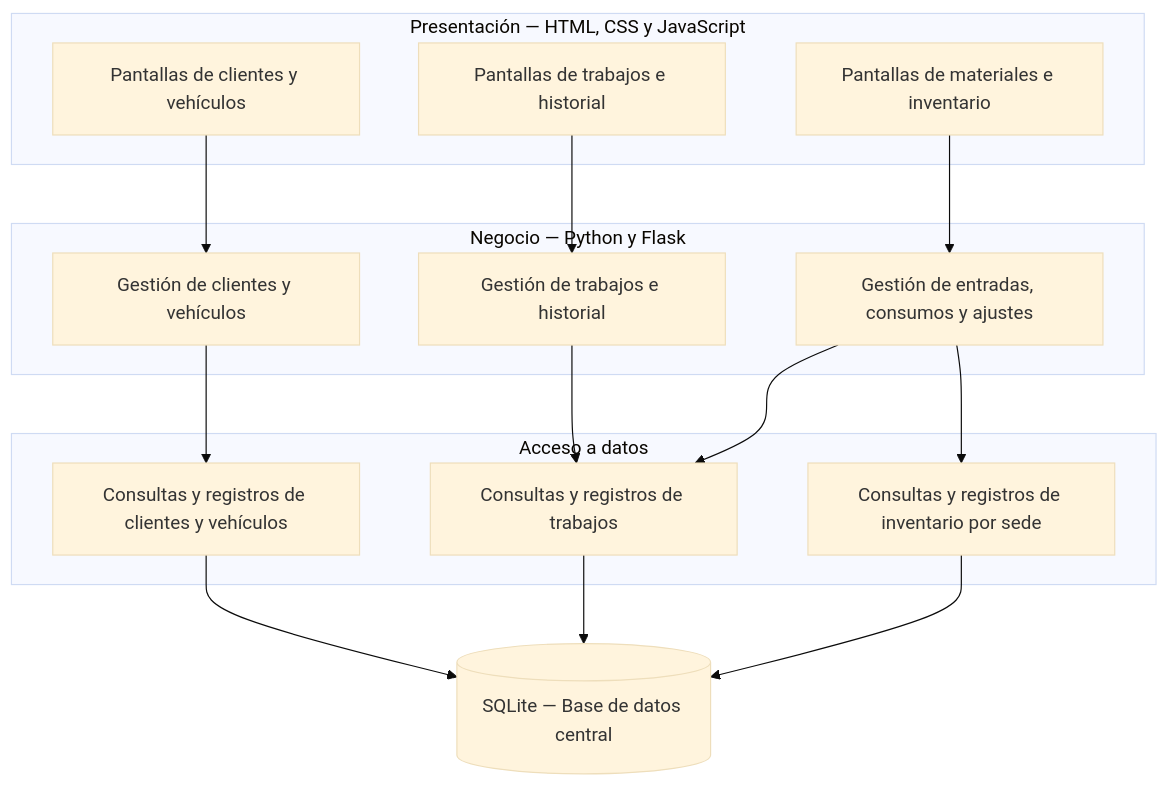
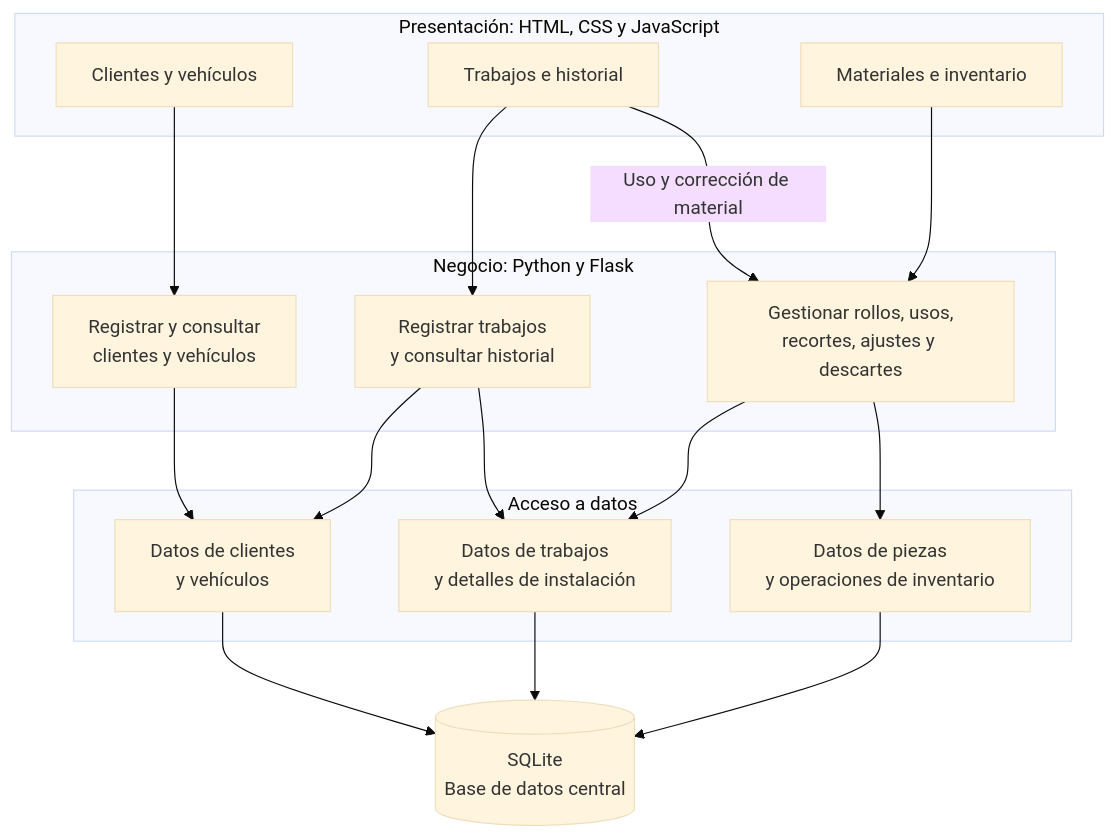
Before and after one commit to thedieqo/Serna_Polarizados: the diagram in docs/diagramas/arquitectura.mmd, drawn with Mermaid (base theme).

```diff
--- a/docs/diagramas/arquitectura.mmd
+++ b/docs/diagramas/arquitectura.mmd
@@ -1,33 +1,35 @@
 flowchart TD
-    subgraph PRESENTACION["Presentación — HTML, CSS y JavaScript"]
-        P1["Pantallas de clientes y vehículos"]
-        P2["Pantallas de trabajos e historial"]
-        P3["Pantallas de materiales e inventario"]
+    subgraph PRESENTACION["Presentación: HTML, CSS y JavaScript"]
+        P1["Clientes y vehículos"]
+        P2["Trabajos e historial"]
+        P3["Materiales e inventario"]
     end
 
-    subgraph NEGOCIO["Negocio — Python y Flask"]
-        N1["Gestión de clientes y vehículos"]
-        N2["Gestión de trabajos e historial"]
-        N3["Gestión de entradas, consumos y ajustes"]
+    subgraph NEGOCIO["Negocio: Python y Flask"]
+        N1["Registrar y consultar<br/>clientes y vehículos"]
+        N2["Registrar trabajos<br/>y consultar historial"]
+        N3["Gestionar rollos, usos,<br/>recortes, ajustes y descartes"]
     end
 
     subgraph DATOS["Acceso a datos"]
-        D1["Consultas y registros de clientes y vehículos"]
-        D2["Consultas y registros de trabajos"]
-        D3["Consultas y registros de inventario por sede"]
+        D1["Datos de clientes<br/>y vehículos"]
+        D2["Datos de trabajos<br/>y detalles de instalación"]
+        D3["Datos de piezas<br/>y operaciones de inventario"]
     end
 
-    BD[("SQLite — Base de datos central")]
+    BD[("SQLite<br/>Base de datos central")]
 
     P1 --> N1
     P2 --> N2
+    P2 -->|"Uso y corrección de material"| N3
     P3 --> N3
 
     N1 --> D1
+    N2 --> D1
     N2 --> D2
+    N3 --> D2
     N3 --> D3
-    N3 --> D2
 
     D1 --> BD
     D2 --> BD
     D3 --> BD
```
